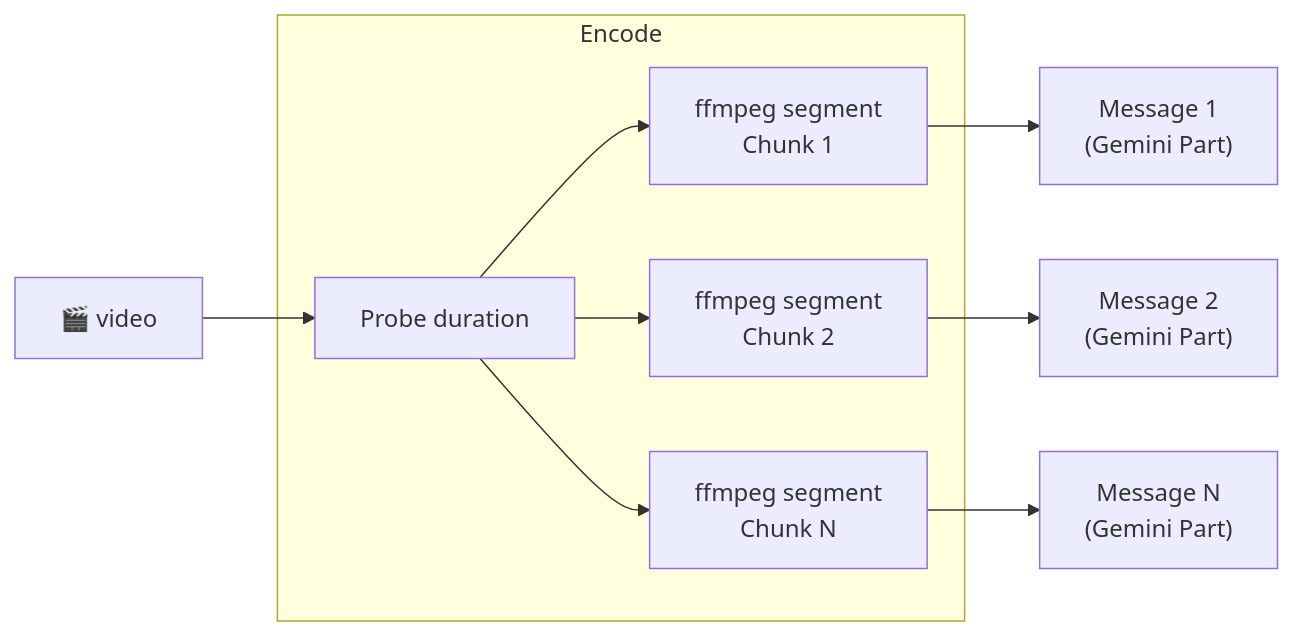
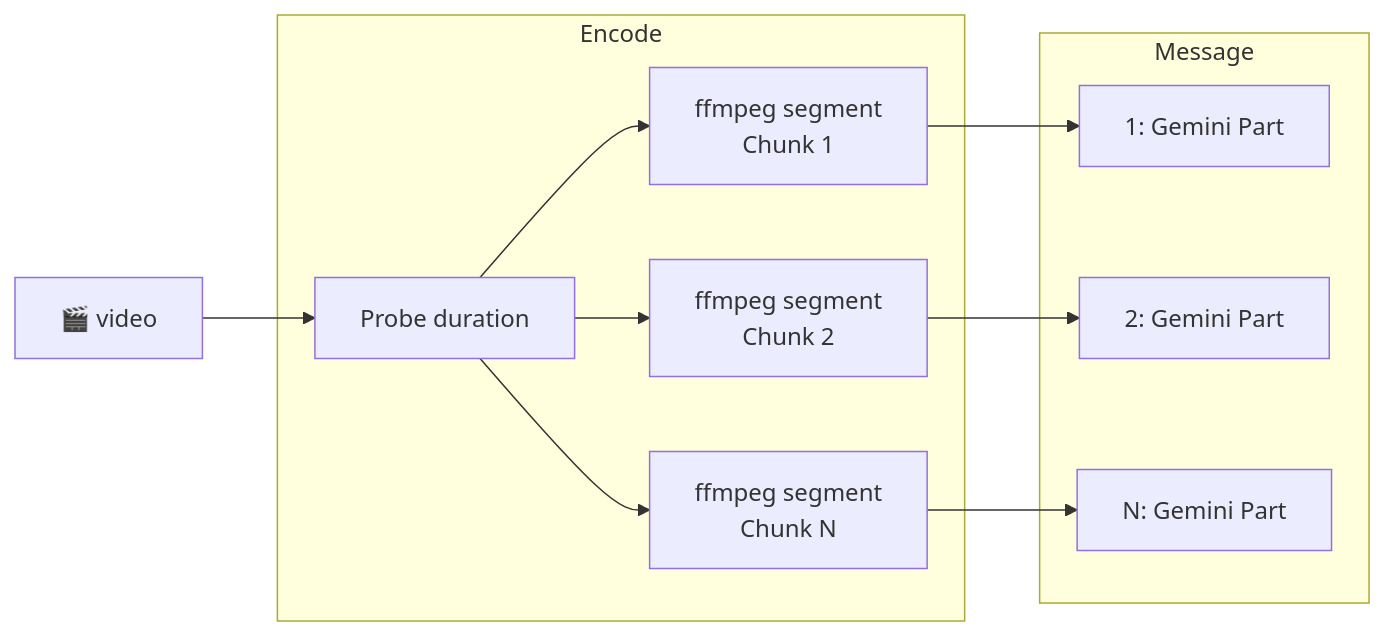
Before and after one commit to vlm-run/mm: the tenth of 17 diagrams in docs/ENCODERS.md, drawn with Mermaid. The commit also changed other lines of this file and 1 other file, not shown here.

Commit message:
use a message block with subgroups

````diff
--- a/docs/ENCODERS.md
+++ b/docs/ENCODERS.md
@@ -222,20 +240,22 @@
 ```mermaid
 graph LR
   video["🎬 video"]
 
   subgraph encode ["Encode"]
     probe["Probe duration"]
     c1["ffmpeg segment\nChunk 1"]
     c2["ffmpeg segment\nChunk 2"]
     c3["ffmpeg segment\nChunk N"]
   end
 
-  m1["Message 1\n(Gemini Part)"]
-  m2["Message 2\n(Gemini Part)"]
-  m3["Message N\n(Gemini Part)"]
+  subgraph message ["Message"]
+    m1["1: Gemini Part"]
+    m2["2: Gemini Part"]
+    m3["N: Gemini Part"]
+  end
 
   video --> probe
   probe --> c1 --> m1
   probe --> c2 --> m2
   probe --> c3 --> m3
 ```
````
